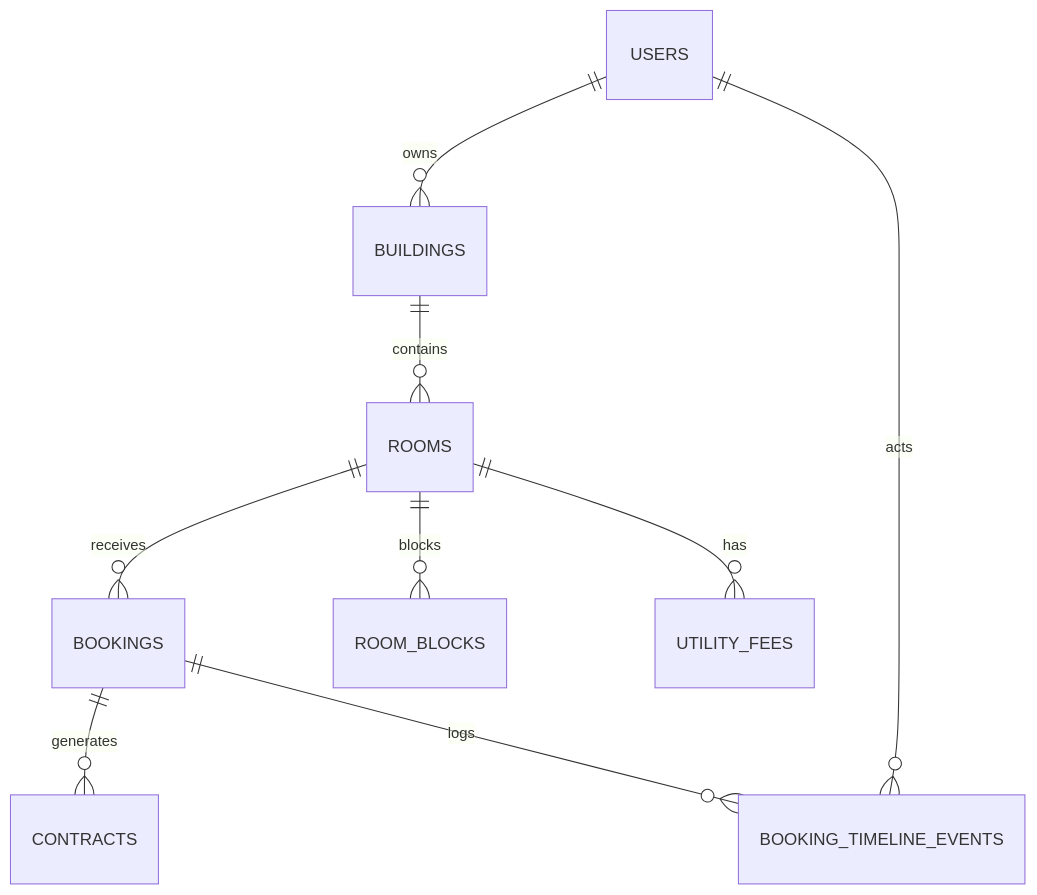
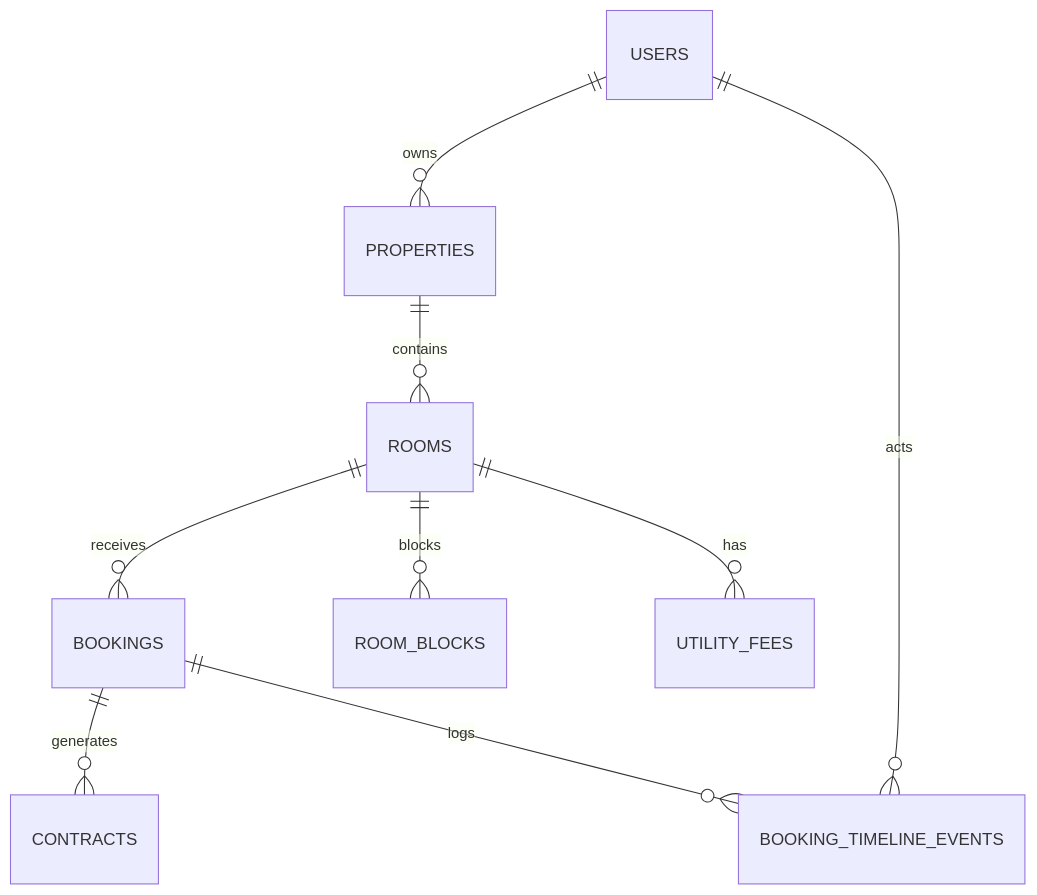
Before and after one commit to mngoc28/bks-system-be: the fourth of 4 diagrams in docs/SRC/srs_partner_portal_360.md, drawn with Mermaid. The commit also changed other lines of this file and 127 other files, not shown here.

````diff
--- a/docs/SRC/srs_partner_portal_360.md
+++ b/docs/SRC/srs_partner_portal_360.md
@@ -389,11 +389,11 @@
 ```mermaid
 erDiagram
-  USERS ||--o{ BUILDINGS : owns
-  BUILDINGS ||--o{ ROOMS : contains
+  USERS ||--o{ PROPERTIES : owns
+  PROPERTIES ||--o{ ROOMS : contains
   ROOMS ||--o{ BOOKINGS : receives
   ROOMS ||--o{ ROOM_BLOCKS : blocks
   ROOMS ||--o{ UTILITY_FEES : has
   BOOKINGS ||--o{ CONTRACTS : generates
   BOOKINGS ||--o{ BOOKING_TIMELINE_EVENTS : logs
   USERS ||--o{ BOOKING_TIMELINE_EVENTS : acts
 ```
````
